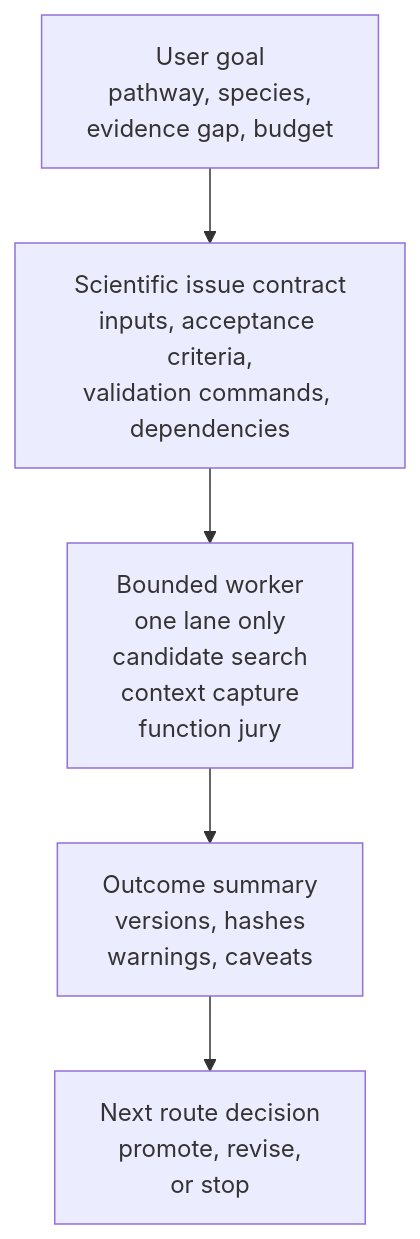
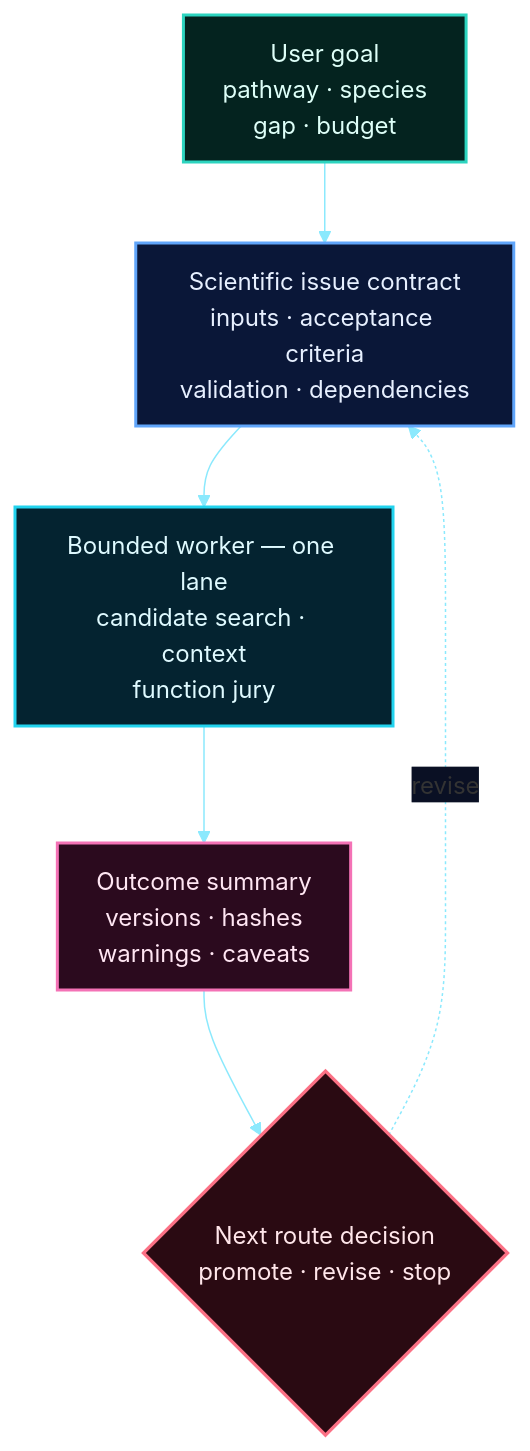
Before and after one commit to BioSymphony/genecluster: the diagram in docs/diagrams/genecluster-issue-contract.mmd, drawn with Mermaid. The commit also changed 30 other files, not shown here.

First line of the commit message:
Redesign docs diagrams in synth-lab style; add six new diagrams

```diff
--- a/docs/diagrams/genecluster-issue-contract.mmd
+++ b/docs/diagrams/genecluster-issue-contract.mmd
@@ -1,11 +1,14 @@
+%%{init: {"theme":"base","themeVariables":{"lineColor":"#8be9fd","fontSize":"16px","edgeLabelBackground":"#0a1024"},"flowchart":{"htmlLabels":true,"useMaxWidth":true,"diagramPadding":24,"padding":13,"nodeSpacing":50,"rankSpacing":54}}}%%
 flowchart TB
-  G["User goal<br/>pathway, species,<br/>evidence gap, budget"]
-  C["Scientific issue contract<br/>inputs, acceptance criteria,<br/>validation commands, dependencies"]
-  W["Bounded worker<br/>one lane only<br/>candidate search<br/>context capture<br/>function jury"]
-  O["Outcome summary<br/>versions, hashes<br/>warnings, caveats"]
-  N["Next route decision<br/>promote, revise,<br/>or stop"]
-
-  G --> C
-  C --> W
-  W --> O
-  O --> N
+  G["User goal<br/>pathway · species<br/>gap · budget"]:::source
+  C["Scientific issue contract<br/>inputs · acceptance criteria<br/>validation · dependencies"]:::context
+  W["Bounded worker — one lane<br/>candidate search · context<br/>function jury"]:::search
+  O["Outcome summary<br/>versions · hashes<br/>warnings · caveats"]:::output
+  N{"Next route decision<br/>promote · revise · stop"}:::gate
+  G --> C --> W --> O --> N
+  N -.->|revise| C
+  classDef source fill:#04231f,stroke:#2dd4bf,color:#defff8,stroke-width:2px;
+  classDef context fill:#0a1738,stroke:#60a5fa,color:#e7f0ff,stroke-width:2px;
+  classDef search fill:#042330,stroke:#22d3ee,color:#dffaff,stroke-width:2px;
+  classDef output fill:#2b0a1e,stroke:#f472b6,color:#ffe6f3,stroke-width:2px;
+  classDef gate fill:#2a0a12,stroke:#fb7185,color:#ffe6ea,stroke-width:2.2px;
```
